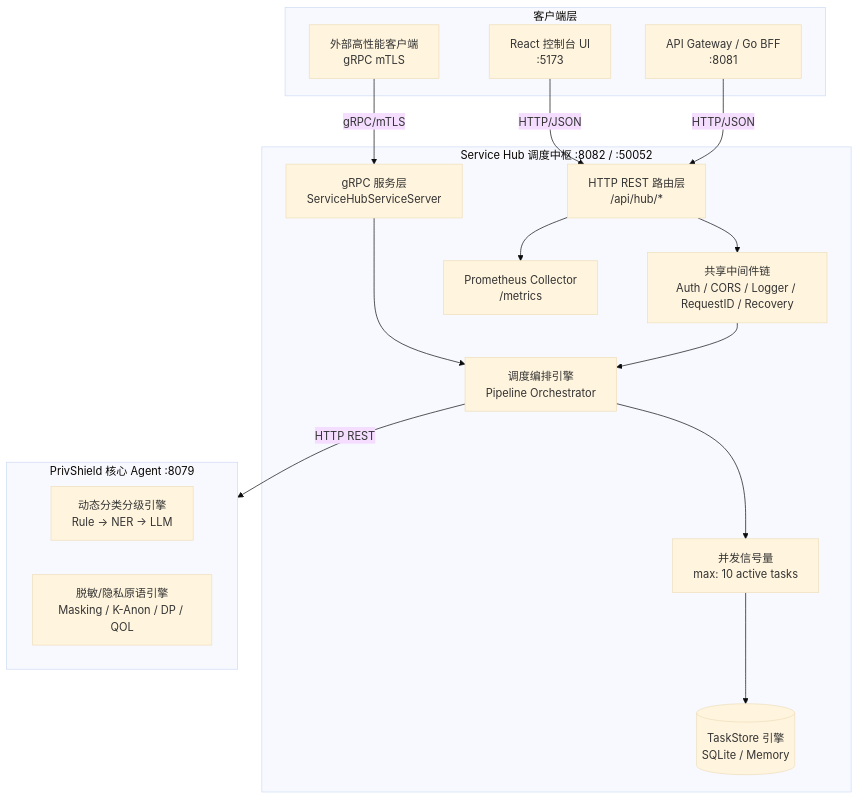
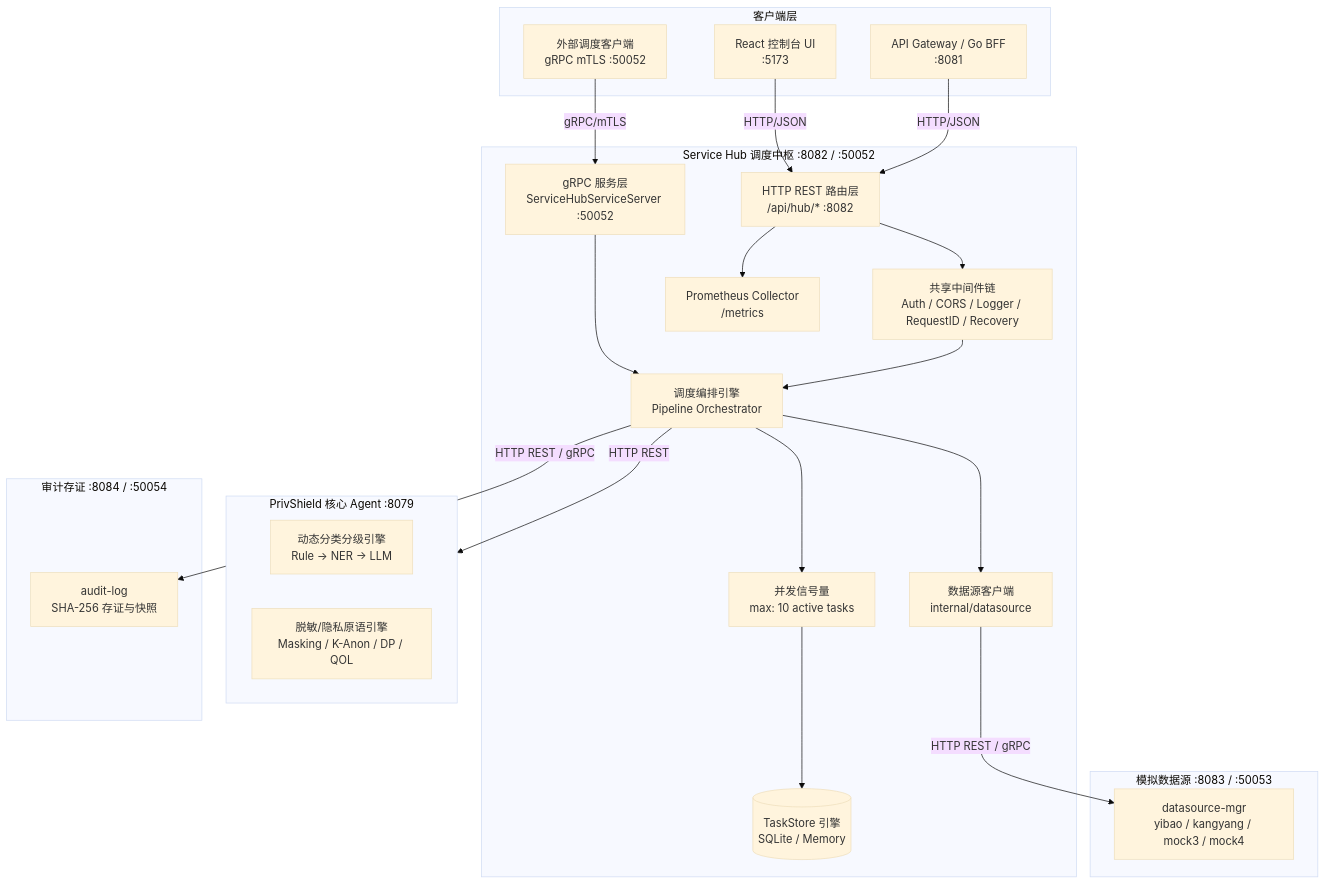
One commit to fengzhizi319/PrivShield changed the first of 2 diagrams in services/service-hub/docs/design.md. Above: the diagram before and after it, drawn with Mermaid (base theme). The commit also changed other lines of this file and 160 other files, not shown here.

````diff
--- a/services/service-hub/docs/design.md
+++ b/services/service-hub/docs/design.md
@@ -21,37 +22,49 @@
 ```mermaid
 graph TD
     subgraph Clients [客户端层]
         Web[React 控制台 UI<br/>:5173]
         Gateway[API Gateway / Go BFF<br/>:8081]
-        ExtRPC[外部高性能客户端<br/>gRPC mTLS]
+        ExtRPC[外部调度客户端<br/>gRPC mTLS :50052]
     end
 
     subgraph ServiceHub [Service Hub 调度中枢 :8082 / :50052]
-        HTTPHandler[HTTP REST 路由层<br/>/api/hub/*]
-        GRPCHandler[gRPC 服务层<br/>ServiceHubServiceServer]
+        HTTPHandler[HTTP REST 路由层<br/>/api/hub/* :8082]
+        GRPCHandler[gRPC 服务层<br/>ServiceHubServiceServer :50052]
         MiddlewareStack[共享中间件链<br/>Auth / CORS / Logger / RequestID / Recovery]
         MetricsCol[Prometheus Collector<br/>/metrics]
         
         Orchestrator[调度编排引擎<br/>Pipeline Orchestrator]
         Semaphore[并发信号量<br/>max: 10 active tasks]
         TaskStore[(TaskStore 引擎<br/>SQLite / Memory)]
+        DatasourceClient[数据源客户端<br/>internal/datasource]
+    end
+
+    subgraph MockDatasource [模拟数据源 :8083 / :50053]
+        DSMgr[datasource-mgr<br/>yibao / kangyang / mock3 / mock4]
     end
 
     subgraph UpstreamAgent [PrivShield 核心 Agent :8079]
         DynClassify[动态分类分级引擎<br/>Rule → NER → LLM]
         MaskEngine[脱敏/隐私原语引擎<br/>Masking / K-Anon / DP / QOL]
+    end
+
+    subgraph AuditLogService [审计存证 :8084 / :50054]
+        AuditLog[audit-log<br/>SHA-256 存证与快照]
     end
 
     Web -->|HTTP/JSON| HTTPHandler
     Gateway -->|HTTP/JSON| HTTPHandler
     ExtRPC -->|gRPC/mTLS| GRPCHandler
 
     HTTPHandler --> MiddlewareStack
     GRPCHandler --> Orchestrator
     MiddlewareStack --> Orchestrator
 
     Orchestrator --> Semaphore
     Semaphore --> TaskStore
+    Orchestrator --> DatasourceClient
+    DatasourceClient -->|HTTP REST / gRPC| DSMgr
     Orchestrator -->|HTTP REST| UpstreamAgent
+    Orchestrator -->|HTTP REST / gRPC| AuditLog
     HTTPHandler --> MetricsCol
 ```
````
